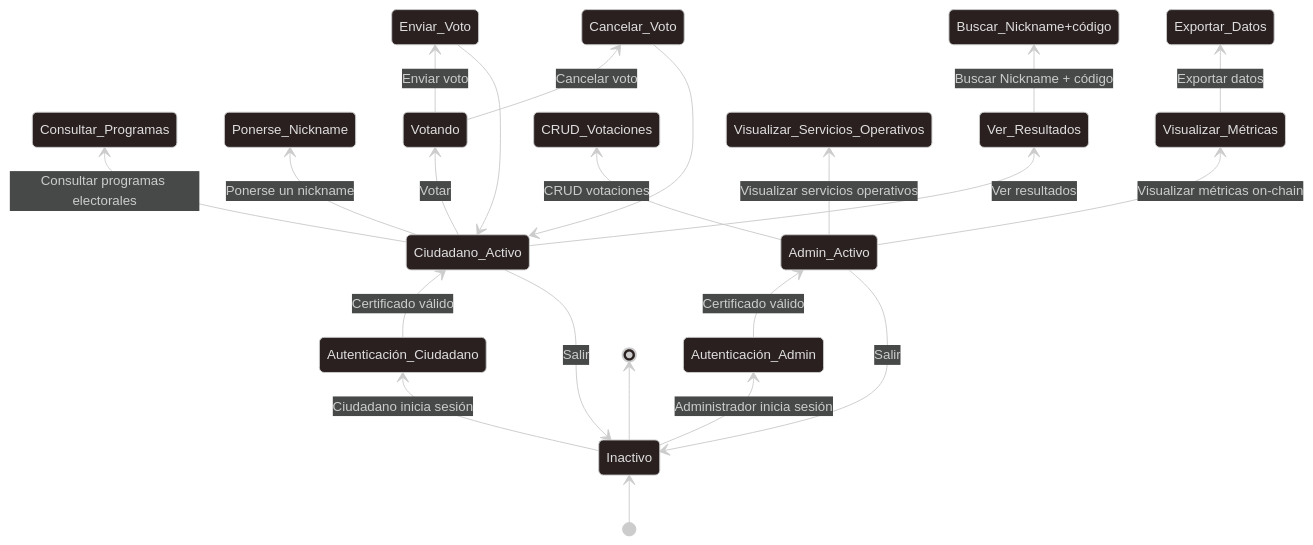
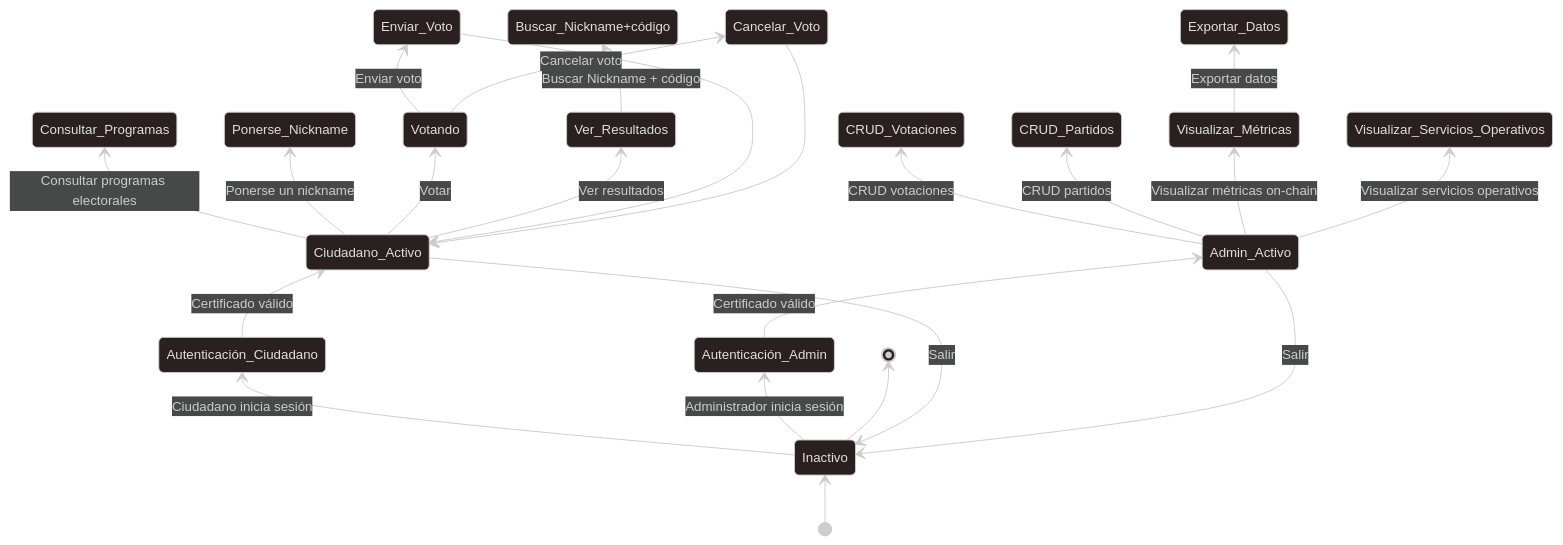
The first of 3 diagrams in docs/Diagrama_Estado.md (OnyxVariables/AGORA), drawn with Mermaid before and after one commit. The commit also changed other lines of this file and 10 other files, not shown here.

````diff
--- a/docs/Diagrama_Estado.md
+++ b/docs/Diagrama_Estado.md
@@ -35,29 +35,30 @@
 ```mermaid
 ---
 config:
   theme: neo-dark
 ---
 stateDiagram
   direction BT
   [*] --> Inactivo
   Inactivo --> Autenticación_Ciudadano:Ciudadano inicia sesión
   Autenticación_Ciudadano --> Ciudadano_Activo:Certificado válido
   Ciudadano_Activo --> Consultar_Programas:Consultar programas electorales
   Ciudadano_Activo --> Ponerse_Nickname:Ponerse un nickname
   Ciudadano_Activo --> Votando:Votar
   Votando --> Enviar_Voto:Enviar voto
   Votando --> Cancelar_Voto:Cancelar voto
   Enviar_Voto --> Ciudadano_Activo
   Cancelar_Voto --> Ciudadano_Activo
   Ciudadano_Activo --> Ver_Resultados:Ver resultados
   Ver_Resultados --> Buscar_Nickname+código:Buscar Nickname + código
   Ciudadano_Activo --> Inactivo:Salir
   Inactivo --> Autenticación_Admin:Administrador inicia sesión
   Autenticación_Admin --> Admin_Activo:Certificado válido
   Admin_Activo --> CRUD_Votaciones:CRUD votaciones
+  Admin_Activo --> CRUD_Partidos:CRUD partidos
   Admin_Activo --> Visualizar_Métricas:Visualizar métricas on-chain
   Admin_Activo --> Visualizar_Servicios_Operativos:Visualizar servicios operativos
   Visualizar_Métricas --> Exportar_Datos:Exportar datos
   Admin_Activo --> Inactivo:Salir
   Inactivo --> [*]
 ```
````
